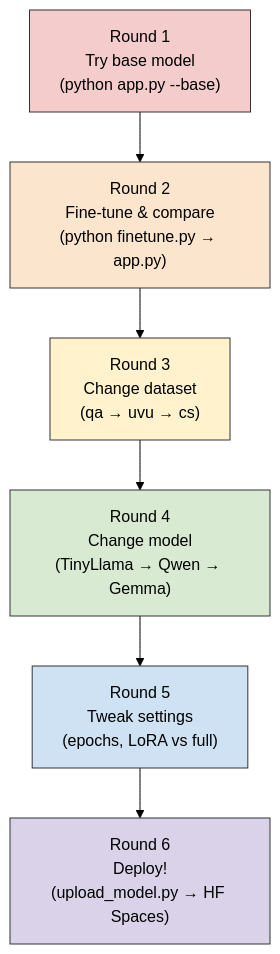
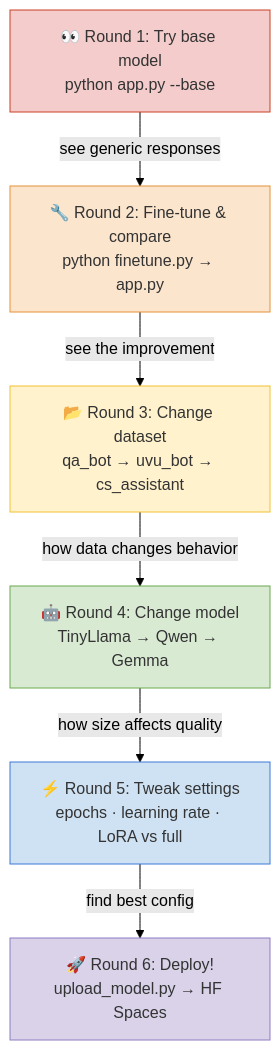
One commit to ratulalahy/nlp_course_sample_chat_fine_tune changed the second of 2 diagrams in GUIDE.md. Above: the diagram before and after it, drawn with Mermaid (forest theme). The commit also changed other lines of this file, not shown here.

Commit message:
style: improve GUIDE.md mermaid diagrams with icons, edge labels, and better styling

````diff
--- a/GUIDE.md
+++ b/GUIDE.md
@@ -36,18 +58,22 @@
 ```mermaid
 flowchart TD
-    R1["Round 1\nTry base model\n(python app.py --base)"]
-    R2["Round 2\nFine-tune & compare\n(python finetune.py → app.py)"]
-    R3["Round 3\nChange dataset\n(qa → uvu → cs)"]
-    R4["Round 4\nChange model\n(TinyLlama → Qwen → Gemma)"]
-    R5["Round 5\nTweak settings\n(epochs, LoRA vs full)"]
-    R6["Round 6\nDeploy!\n(upload_model.py → HF Spaces)"]
+    R1["👀 Round 1: Try base model\npython app.py --base"]
+    R2["🔧 Round 2: Fine-tune & compare\npython finetune.py → app.py"]
+    R3["📂 Round 3: Change dataset\nqa_bot → uvu_bot → cs_assistant"]
+    R4["🤖 Round 4: Change model\nTinyLlama → Qwen → Gemma"]
+    R5["⚡ Round 5: Tweak settings\nepochs · learning rate · LoRA vs full"]
+    R6["🚀 Round 6: Deploy!\nupload_model.py → HF Spaces"]
 
-    R1 --> R2 --> R3 --> R4 --> R5 --> R6
+    R1 -->|"see generic responses"| R2
+    R2 -->|"see the improvement"| R3
+    R3 -->|"how data changes behavior"| R4
+    R4 -->|"how size affects quality"| R5
+    R5 -->|"find best config"| R6
 
-    style R1 fill:#f4cccc,stroke:#333
-    style R2 fill:#fce5cd,stroke:#333
-    style R3 fill:#fff2cc,stroke:#333
-    style R4 fill:#d9ead3,stroke:#333
-    style R5 fill:#cfe2f3,stroke:#333
-    style R6 fill:#d9d2e9,stroke:#333
+    style R1 fill:#f4cccc,stroke:#cc4125,color:#333
+    style R2 fill:#fce5cd,stroke:#e69138,color:#333
+    style R3 fill:#fff2cc,stroke:#f1c232,color:#333
+    style R4 fill:#d9ead3,stroke:#6aa84f,color:#333
+    style R5 fill:#cfe2f3,stroke:#3c78d8,color:#333
+    style R6 fill:#d9d2e9,stroke:#8e7cc3,color:#333
 ```
````
